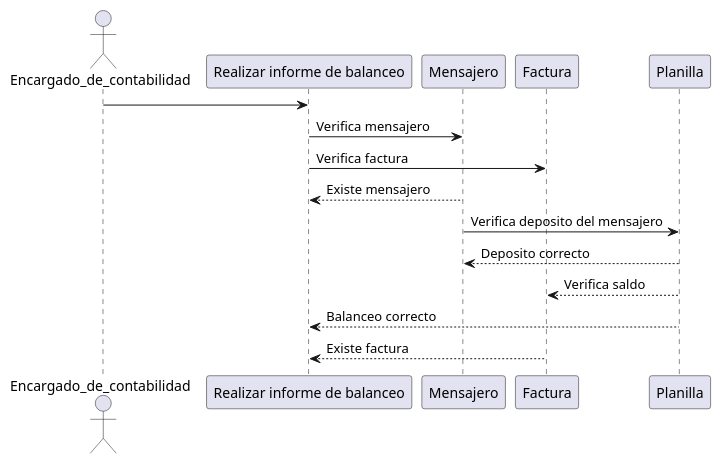
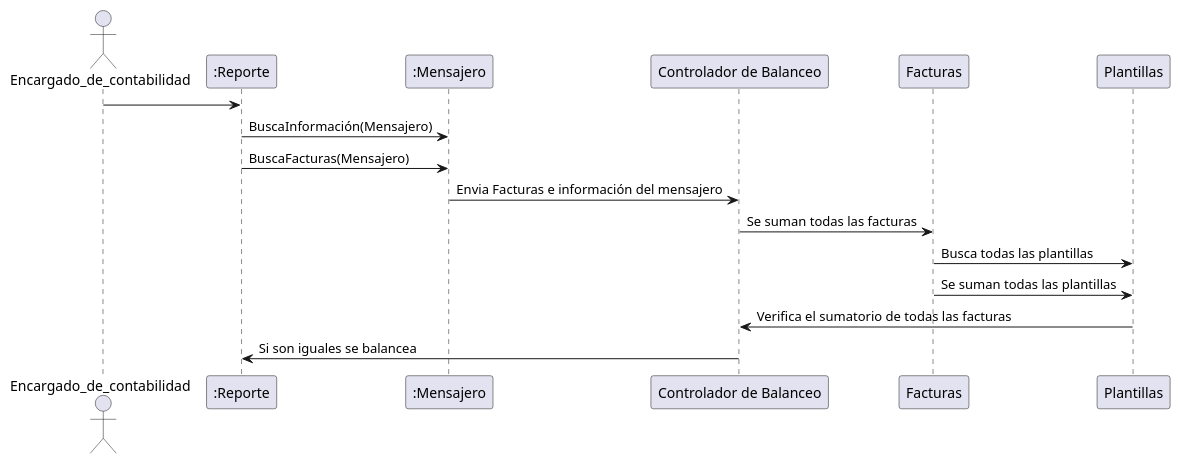
Before and after one commit to ricardoasinr/Sistemas-de-la-informacion: the diagram in Caso Balanceo/Diagrama de secuencia/8. Elaborar informe de balanceo.plantuml, drawn with PlantUML. The commit also changed 19 other files, not shown here.

Commit message:
Diagrama de secuencia

```diff
--- a/Caso Balanceo/Diagrama de secuencia/8. Elaborar informe de balanceo.plantuml
+++ b/Caso Balanceo/Diagrama de secuencia/8. Elaborar informe de balanceo.plantuml
@@ -1,22 +1,25 @@
-@startuml 8. Elaborar informe de balanceo
+@startuml 8. Elaborar informe de balanceoCorregido
 
 actor Encargado_de_contabilidad
 
 
-Encargado_de_contabilidad -> "Realizar informe de balanceo" 
+Encargado_de_contabilidad -> ":Reporte" 
 
 
-"Realizar informe de balanceo" -> "Mensajero": Verifica mensajero
-"Realizar informe de balanceo" -> "Factura": Verifica factura 
+":Reporte" -> ":Mensajero": BuscaInformación(Mensajero)
+":Reporte" -> ":Mensajero": BuscaFacturas(Mensajero)
 
 
-"Mensajero"--> "Realizar informe de balanceo" : Existe mensajero
-"Mensajero" -> "Planilla": Verifica deposito del mensajero 
-"Planilla" --> "Mensajero": Deposito correcto
-"Planilla" --> "Factura": Verifica saldo
+":Mensajero" -> "Controlador de Balanceo": Envia Facturas e información del mensajero
 
-"Planilla"--> "Realizar informe de balanceo" : Balanceo correcto
+"Controlador de Balanceo" -> "Facturas":Se suman todas las facturas
+"Facturas" -> "Plantillas":Busca todas las plantillas
+"Facturas" -> "Plantillas":Se suman todas las plantillas
 
-"Factura"--> "Realizar informe de balanceo" : Existe factura
+"Plantillas" -> "Controlador de Balanceo":Verifica el sumatorio de todas las facturas
+"Controlador de Balanceo" -> ":Reporte": Si son iguales se balancea
+
+
+
 
 @enduml
```
